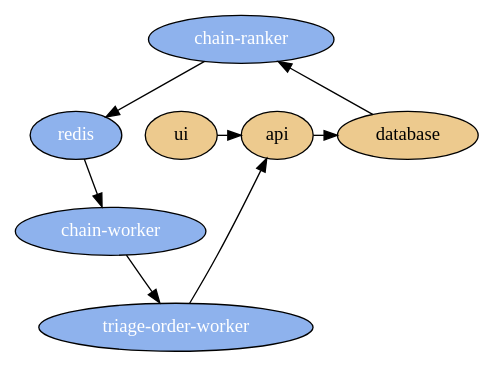
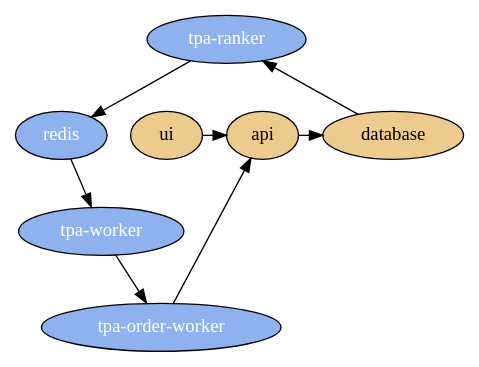
Before and after one commit to dhensen/arbitragehelper: the diagram in design/microservice_diagram.dot, drawn with Graphviz. The commit also changed 1 other file, not shown here.

Commit message:
chore: rename chain to tpa, three point abritrage

```diff
--- a/design/microservice_diagram.dot
+++ b/design/microservice_diagram.dot
@@ -1,29 +1,29 @@
 digraph architecture {
   node[fillcolor="#8eb2ed" style="filled" fontcolor="white"];
-  chain_ranker[label="chain-ranker"];
-  chain_worker[label="chain-worker"];
-  triage_order_worker[label="triage-order-worker"];
+  tpa_ranker[label="tpa-ranker"];
+  tpa_worker[label="tpa-worker"];
+  tpa_order_worker[label="tpa-order-worker"];
   redis[label="redis"];
 
   node[fillcolor="#edca8e" style="filled" fontcolor="black"];
   ui[label="ui"];
   api[label="api"];
   database[label="database"];
 
   node[fillcolor="white" style="filled" fontcolor="black"];
 
   subgraph microservices {
     ui -> api;
     api -> database;
-    database -> chain_ranker;
-    chain_ranker -> redis;
-    redis -> chain_worker;
-    chain_worker -> triage_order_worker;
-    triage_order_worker -> api;
+    database -> tpa_ranker;
+    tpa_ranker -> redis;
+    redis -> tpa_worker;
+    tpa_worker -> tpa_order_worker;
+    tpa_order_worker -> api;
 
-    {rank=same; chain_ranker}
+    {rank=same; tpa_ranker}
     {rank=same; database, redis, ui, api}
-    {rank=same; chain_worker};
-    {rank=same; triage_order_worker};
+    {rank=same; tpa_worker};
+    {rank=same; tpa_order_worker};
   }
 }
```
